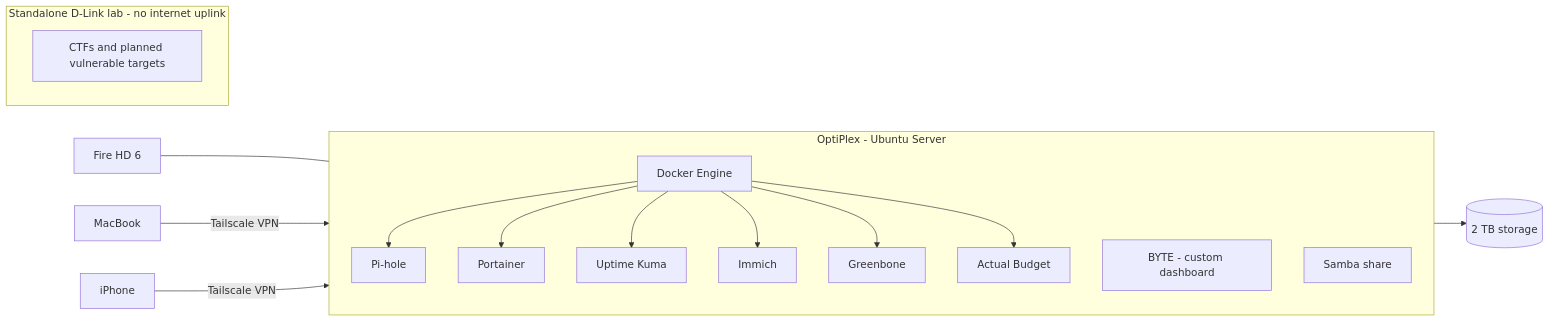
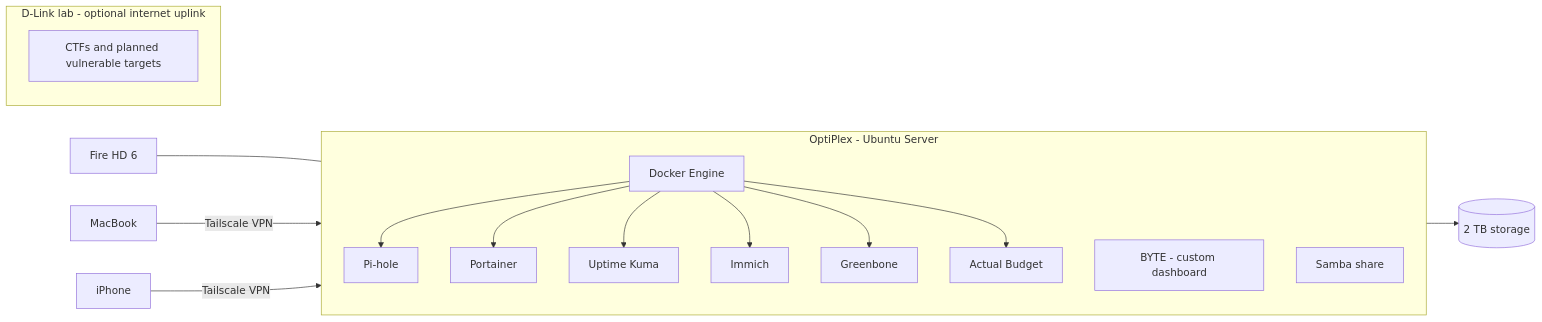
Before and after one commit to janavsatija/BLCKBX1: the diagram in README.md, drawn with Mermaid. The commit also changed other lines of this file, not shown here.

Commit message:
Document operational D-Link and on-demand internet connectivity

````diff
--- a/README.md
+++ b/README.md
@@ -72,22 +72,22 @@
 ```mermaid
 flowchart LR
     Mac[MacBook] -- Tailscale VPN --> Lab
     Phone[iPhone] -- Tailscale VPN --> Lab
     subgraph Lab[OptiPlex - Ubuntu Server]
         direction TB
         Docker[Docker Engine]
         Docker --> Pihole[Pi-hole]
         Docker --> Portainer
         Docker --> Kuma[Uptime Kuma]
         Docker --> Immich
         Docker --> Greenbone
         Docker --> Actual[Actual Budget]
         BYTE[BYTE - custom dashboard]
         Samba[Samba share]
     end
     Lab --> HDD[(2 TB storage)]
     Tablet[Fire HD 6] --- BYTE
-    subgraph Isolated[Standalone D-Link lab - no internet uplink]
+    subgraph Isolated[D-Link lab - optional internet uplink]
         Targets[CTFs and planned vulnerable targets]
     end
 ```
````
